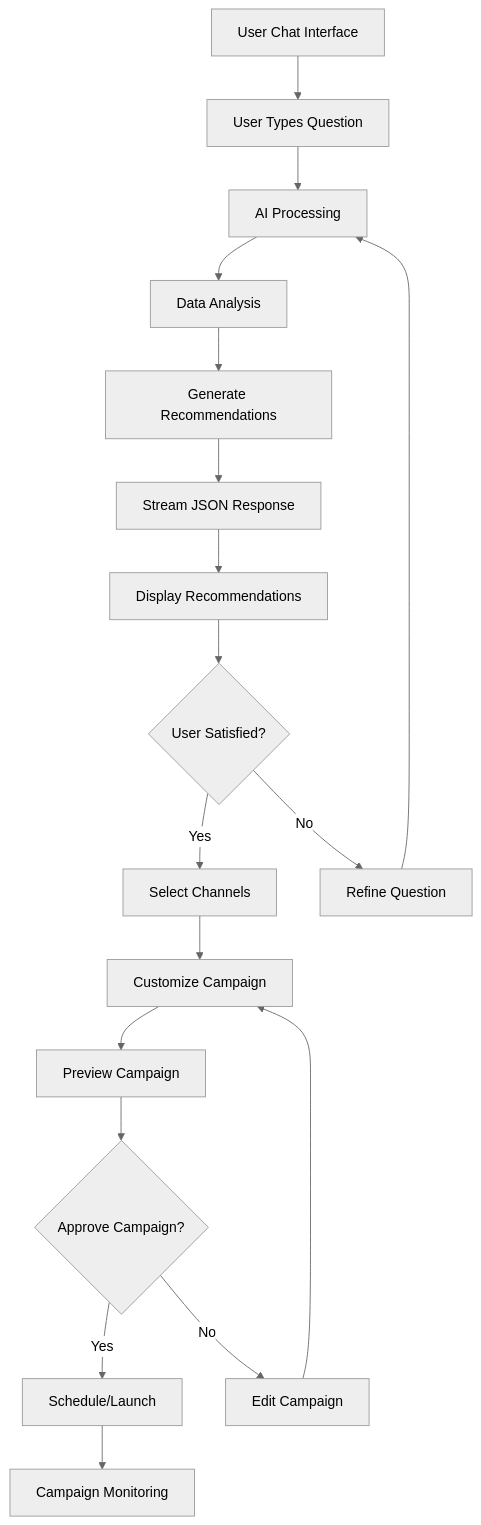
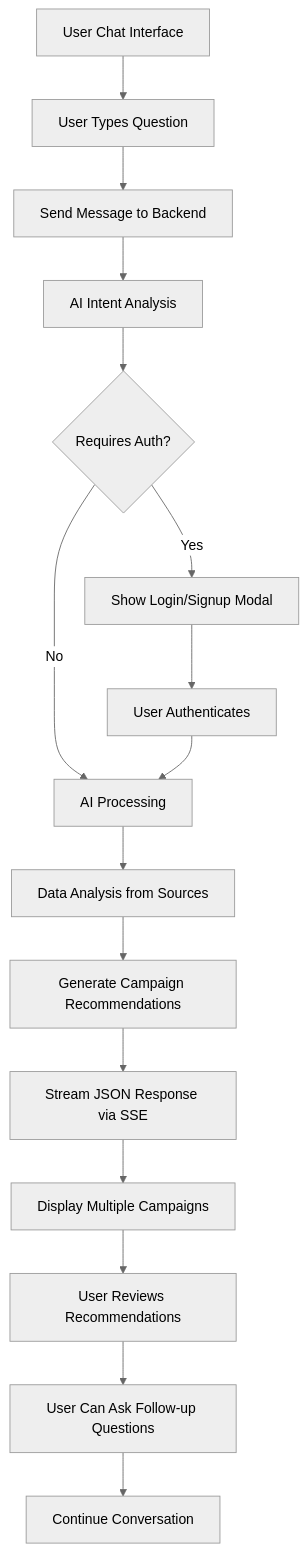
One commit to sakibrahmanchy/markopolo-ai-fullstack-challenge changed the fourth of 5 diagrams in docs/user-flow.md. Above: the diagram before and after it, drawn with Mermaid (neutral theme). The commit also changed other lines of this file and 18 other files, not shown here.

````diff
--- a/docs/user-flow.md
+++ b/docs/user-flow.md
@@ -86,20 +74,18 @@
 ```mermaid
 flowchart TD
     A[User Chat Interface] --> B[User Types Question]
-    B --> C[AI Processing]
-    C --> D[Data Analysis]
-    D --> E[Generate Recommendations]
-    E --> F[Stream JSON Response]
-    F --> G[Display Recommendations]
-    G --> H{User Satisfied?}
-    H -->|Yes| I[Select Channels]
-    H -->|No| J[Refine Question]
-    J --> C
-    I --> K[Customize Campaign]
-    K --> L[Preview Campaign]
-    L --> M{Approve Campaign?}
-    M -->|Yes| N[Schedule/Launch]
-    M -->|No| O[Edit Campaign]
-    O --> K
-    N --> P[Campaign Monitoring]
+    B --> C[Send Message to Backend]
+    C --> D[AI Intent Analysis]
+    D --> E{Requires Auth?}
+    E -->|Yes| F[Show Login/Signup Modal]
+    E -->|No| G[AI Processing]
+    F --> H[User Authenticates]
+    H --> G
+    G --> I[Data Analysis from Sources]
+    I --> J[Generate Campaign Recommendations]
+    J --> K[Stream JSON Response via SSE]
+    K --> L[Display Multiple Campaigns]
+    L --> M[User Reviews Recommendations]
+    M --> N[User Can Ask Follow-up Questions]
+    N --> O[Continue Conversation]
 ```
````
